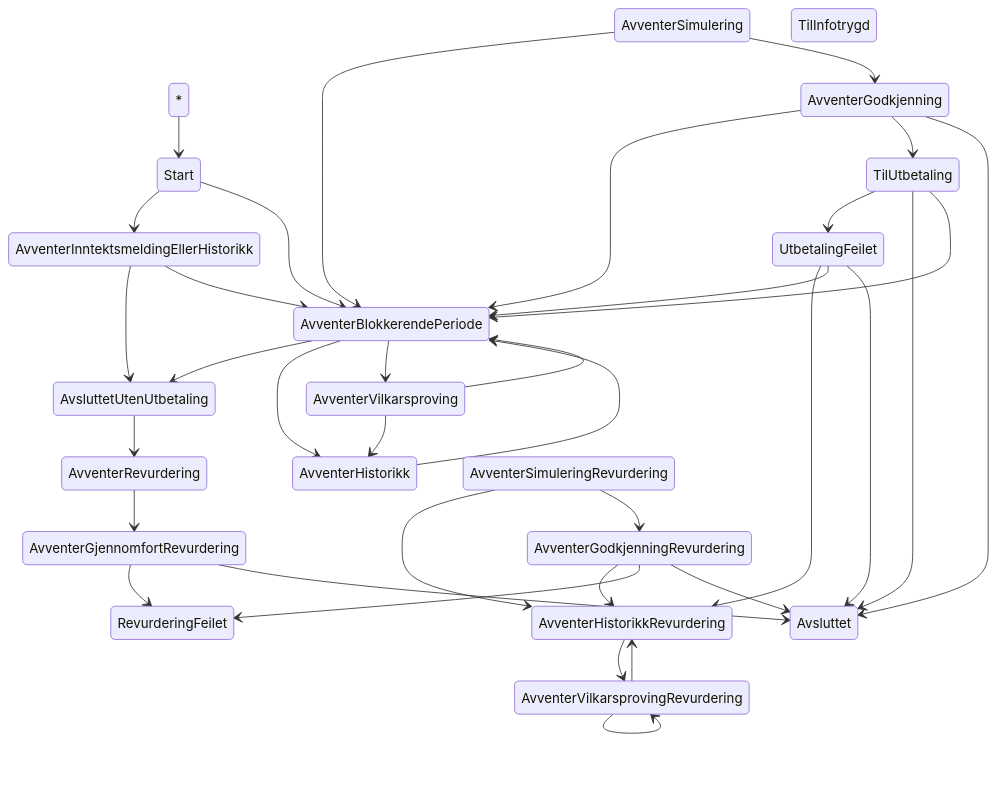
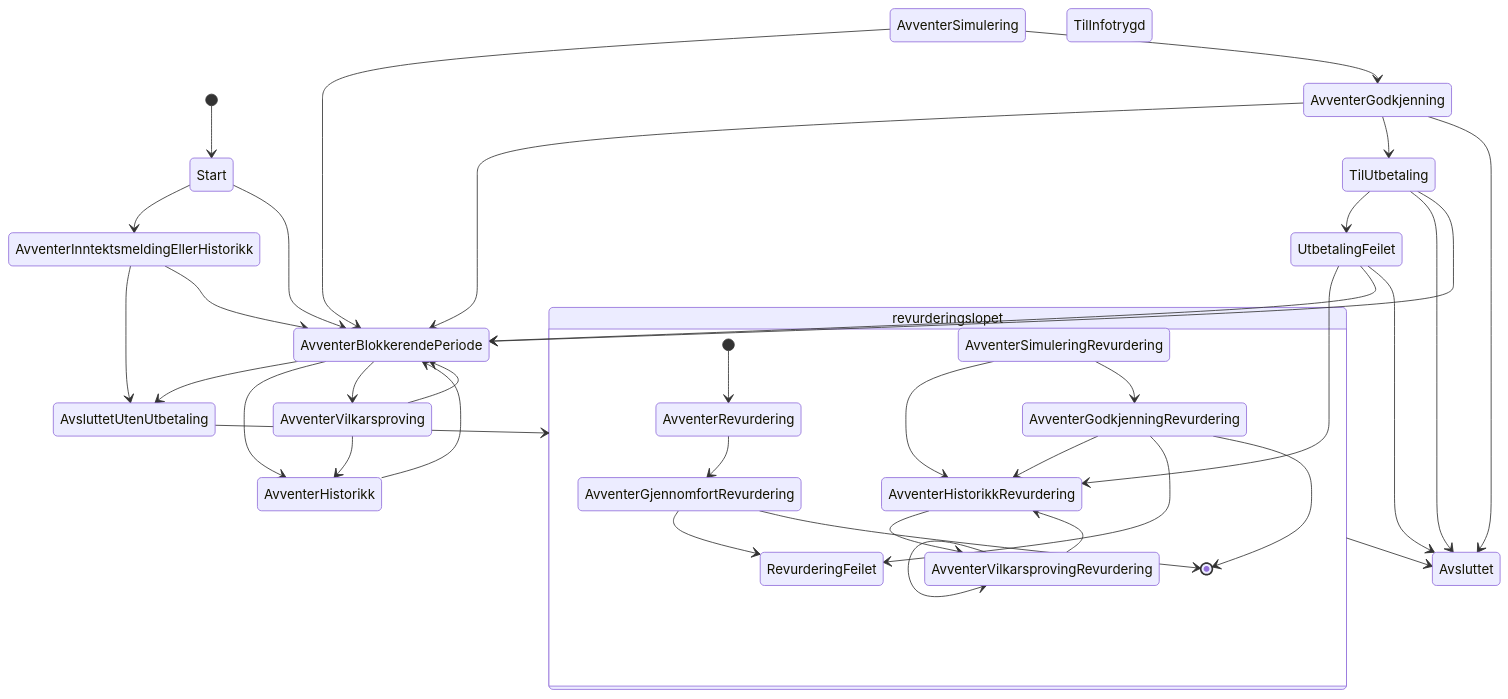
The diagram in doc/tilstandsmaskin/eksperimenterITilstandsdiagram.md (navikt/helse-spleis), drawn with Mermaid before and after one commit. The commit also changed other lines of this file, not shown here.

Commit message:
Rydde litt i grovskissa.
Fortsatt en grov skisse.

Fortsatt store, viktige hull.

````diff
--- a/doc/tilstandsmaskin/eksperimenterITilstandsdiagram.md
+++ b/doc/tilstandsmaskin/eksperimenterITilstandsdiagram.md
@@ -7,57 +11,65 @@
 ```mermaid
 
 stateDiagram-v2
-    * --> Start
+    [*] --> Start
     
     Start --> AvventerInntektsmeldingEllerHistorikk
     Start --> AvventerBlokkerendePeriode
     
     AvventerBlokkerendePeriode --> AvsluttetUtenUtbetaling
     AvventerBlokkerendePeriode --> AvventerHistorikk
     AvventerBlokkerendePeriode --> AvventerVilkarsproving
-    
-    AvventerRevurdering --> AvventerGjennomfortRevurdering
-    
-    AvventerGjennomfortRevurdering --> RevurderingFeilet
-    AvventerGjennomfortRevurdering --> Avsluttet
-    
-    AvventerHistorikkRevurdering --> AvventerVilkarsprovingRevurdering
-    
-    AvventerVilkarsprovingRevurdering --> AvventerHistorikkRevurdering
-    AvventerVilkarsprovingRevurdering --> AvventerVilkarsprovingRevurdering
     
     AvventerInntektsmeldingEllerHistorikk --> AvsluttetUtenUtbetaling
     AvventerInntektsmeldingEllerHistorikk --> AvventerBlokkerendePeriode
     
     AvventerVilkarsproving --> AvventerBlokkerendePeriode
     AvventerVilkarsproving --> AvventerHistorikk
     
     AvventerHistorikk --> AvventerBlokkerendePeriode
     
     AvventerSimulering --> AvventerBlokkerendePeriode
     AvventerSimulering --> AvventerGodkjenning
     
-    AvventerSimuleringRevurdering --> AvventerHistorikkRevurdering
-    AvventerSimuleringRevurdering --> AvventerGodkjenningRevurdering
-
     AvventerGodkjenning --> AvventerBlokkerendePeriode   
     AvventerGodkjenning --> TilUtbetaling   
     AvventerGodkjenning --> Avsluttet
-    
-    AvventerGodkjenningRevurdering --> AvventerHistorikkRevurdering   
-    AvventerGodkjenningRevurdering --> RevurderingFeilet   
-    AvventerGodkjenningRevurdering --> Avsluttet
     
     TilUtbetaling --> UtbetalingFeilet
     TilUtbetaling --> Avsluttet   
     TilUtbetaling --> AvventerBlokkerendePeriode
     
     UtbetalingFeilet --> AvventerHistorikkRevurdering
     UtbetalingFeilet --> AvventerBlokkerendePeriode
     UtbetalingFeilet --> Avsluttet
     
-    AvsluttetUtenUtbetaling --> AvventerRevurdering
+    AvsluttetUtenUtbetaling --> revurderingslopet
     
     TilInfotrygd 
 
+    state revurderingslopet {
+        [*] --> AvventerRevurdering
+    
+        AvventerRevurdering --> AvventerGjennomfortRevurdering
+        
+        AvventerGjennomfortRevurdering --> RevurderingFeilet
+        AvventerGjennomfortRevurdering --> [*]
+        
+        AvventerHistorikkRevurdering --> AvventerVilkarsprovingRevurdering
+        
+        AvventerVilkarsprovingRevurdering --> AvventerHistorikkRevurdering
+        AvventerVilkarsprovingRevurdering --> AvventerVilkarsprovingRevurdering
+        
+        AvventerSimuleringRevurdering --> AvventerHistorikkRevurdering
+        AvventerSimuleringRevurdering --> AvventerGodkjenningRevurdering
+    
+        AvventerGodkjenningRevurdering --> AvventerHistorikkRevurdering   
+        AvventerGodkjenningRevurdering --> RevurderingFeilet   
+        AvventerGodkjenningRevurdering --> [*]
+    }
+    
+    revurderingslopet --> Avsluttet
+
+    
+
 ```
````
